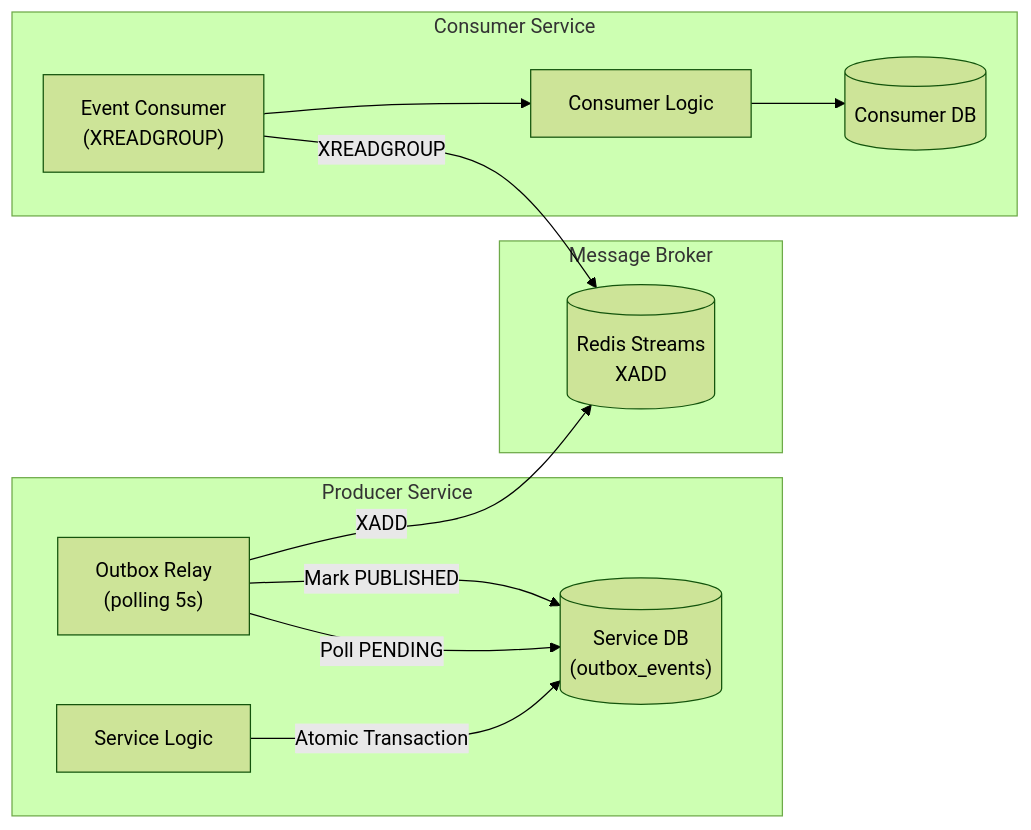
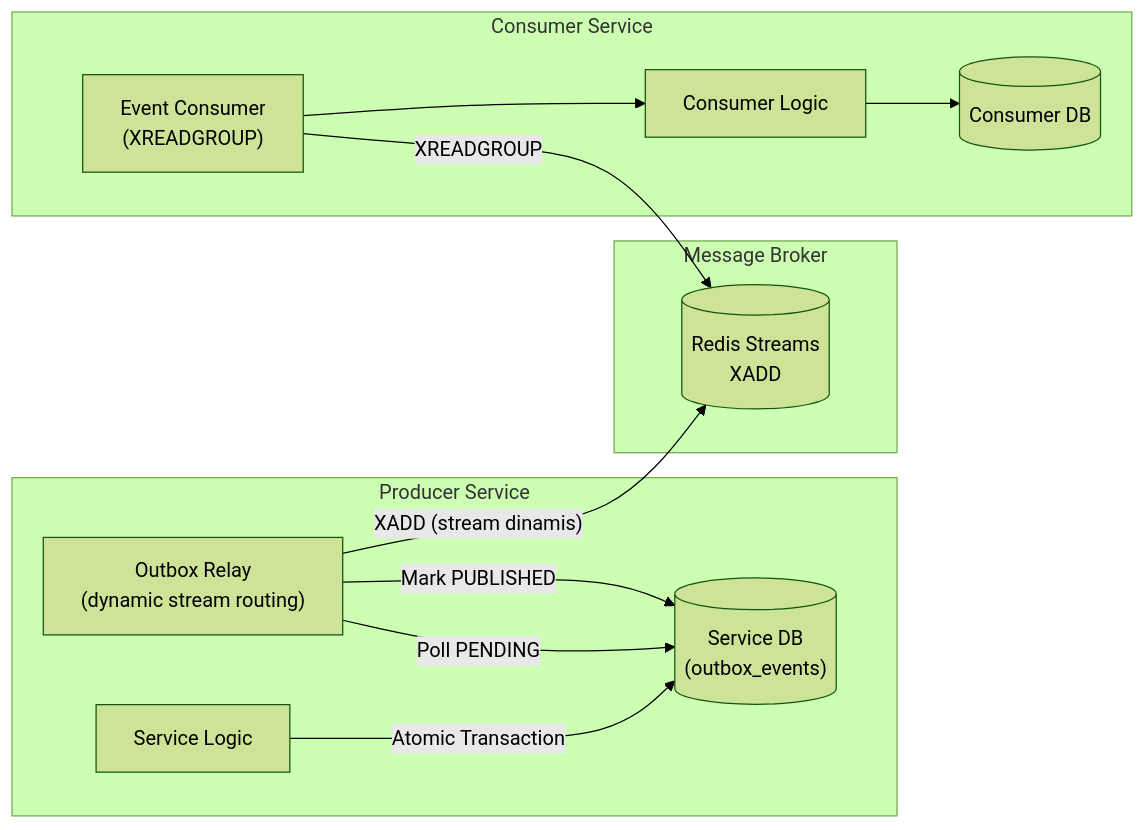
Diagram 15 of 19 in docs/be/technical/technical_documentation.md (odealidj/go-micro-simrs-one), drawn with Mermaid (forest theme) before and after one commit. The commit also changed other lines of this file and 5 other files, not shown here.

First line of the commit message:
docs: update business and technical documentation for multi-schema and rawat-jalan separation

````diff
--- a/docs/be/technical/technical_documentation.md
+++ b/docs/be/technical/technical_documentation.md
@@ -773,26 +987,26 @@
 ```mermaid
 graph LR
     subgraph "Producer Service"
         SVC["Service Logic"]
         DB_SVC[("Service DB\n(outbox_events)")]
-        RELAY["Outbox Relay\n(polling 5s)"]
+        RELAY["Outbox Relay\n(dynamic stream routing)"]
     end
 
     subgraph "Message Broker"
         REDIS[("Redis Streams\nXADD")]
     end
 
     subgraph "Consumer Service"
         CONSUMER["Event Consumer\n(XREADGROUP)"]
         SVC2["Consumer Logic"]
         DB_SVC2[("Consumer DB")]
     end
 
     SVC -->|"Atomic Transaction"| DB_SVC
     RELAY -->|"Poll PENDING"| DB_SVC
-    RELAY -->|"XADD"| REDIS
+    RELAY -->|"XADD (stream dinamis)"| REDIS
     RELAY -->|"Mark PUBLISHED"| DB_SVC
     CONSUMER -->|"XREADGROUP"| REDIS
     CONSUMER --> SVC2
     SVC2 --> DB_SVC2
 ```
````
